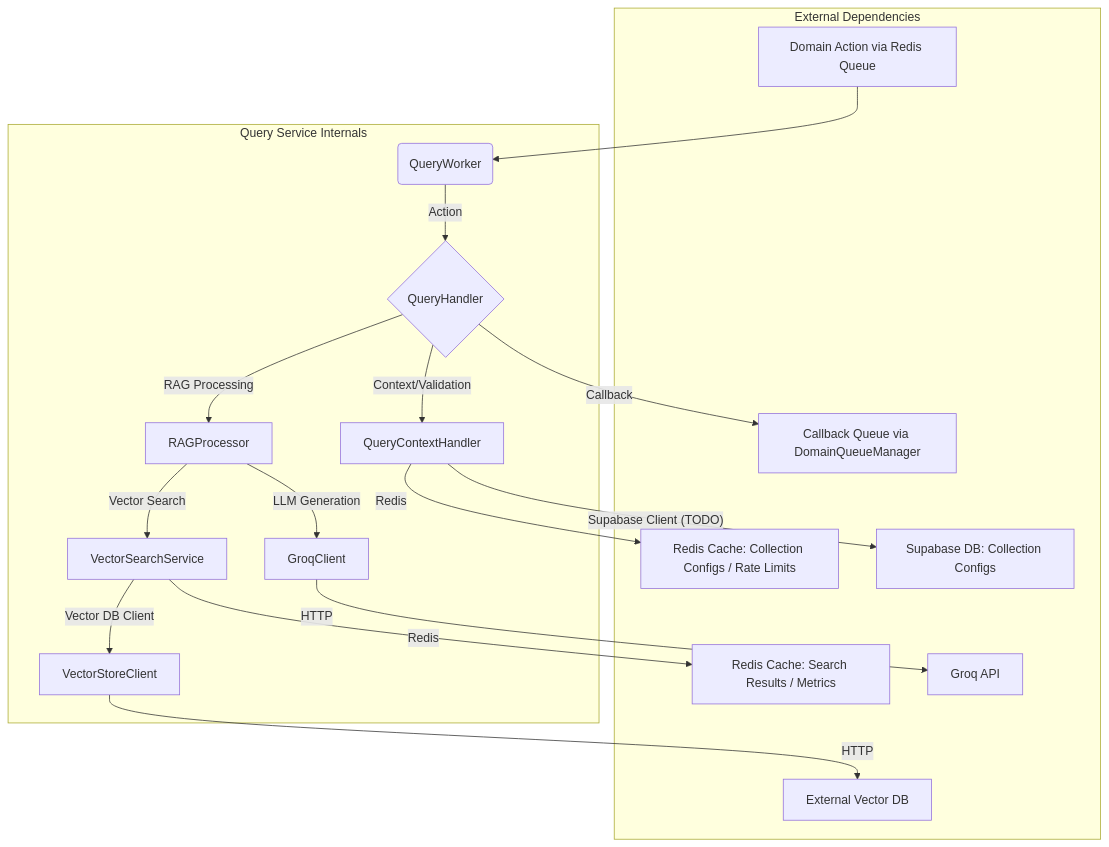
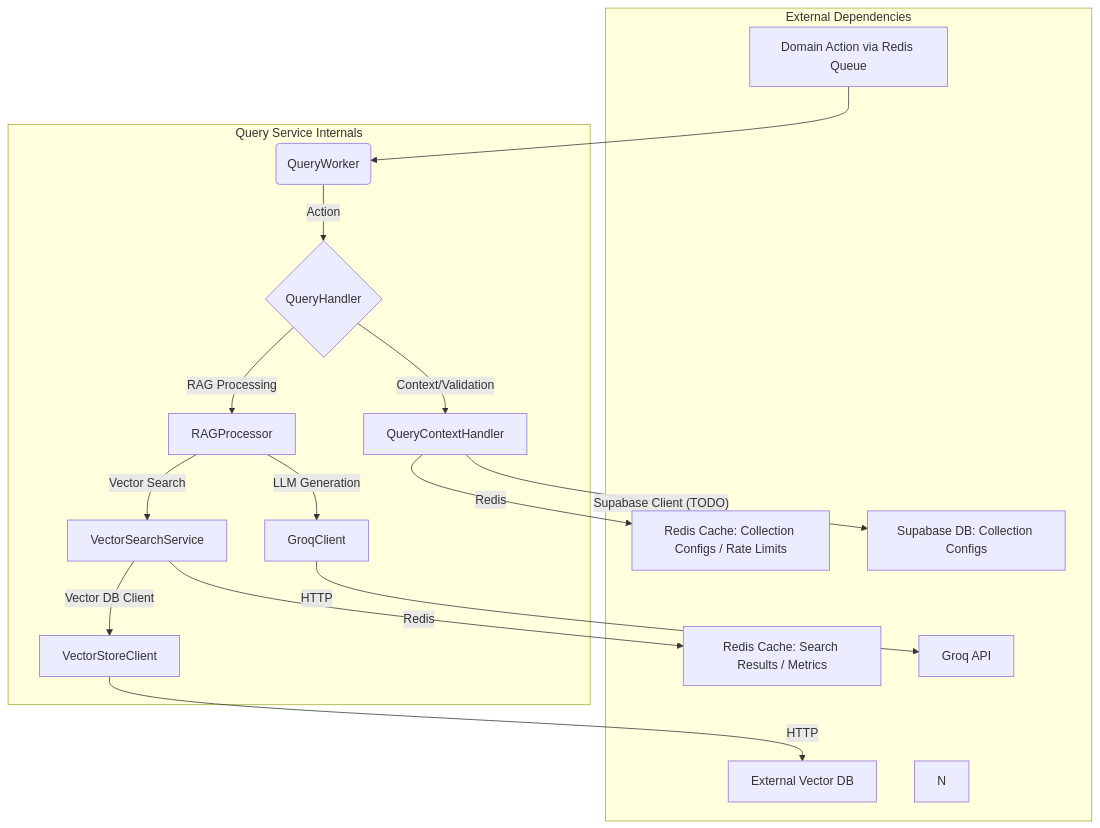
The diagram in query_service/documentation_QS.md (kkvrivishvili/nooble4), drawn with Mermaid before and after one commit. The commit also changed other lines of this file and 12 other files, not shown here.

````diff
--- a/query_service/documentation_QS.md
+++ b/query_service/documentation_QS.md
@@ -24,36 +20,35 @@
 ```mermaid
 graph TD
     A[Domain Action via Redis Queue] --> B(QueryWorker);
     B -- Action --> C{QueryHandler};
     C -- Context/Validation --> D[QueryContextHandler];
     D -- Redis --> E[Redis Cache: Collection Configs / Rate Limits];
     D -- Supabase Client (TODO) --> F[Supabase DB: Collection Configs];
     C -- RAG Processing --> G[RAGProcessor];
     G -- Vector Search --> H[VectorSearchService];
     H -- Vector DB Client --> I[VectorStoreClient];
     I -- HTTP --> J[External Vector DB];
     H -- Redis --> K[Redis Cache: Search Results / Metrics];
     G -- LLM Generation --> L[GroqClient];
     L -- HTTP --> M[Groq API];
-    C -- Callback --> N[Callback Queue via DomainQueueManager];
 
     subgraph Query Service Internals
         B;
         C;
         D;
         G;
         H;
         I;
         L;
     end
 
     subgraph External Dependencies
         A;
         E;
         F;
         J;
         K;
         M;
         N;
     end
 ```
````
